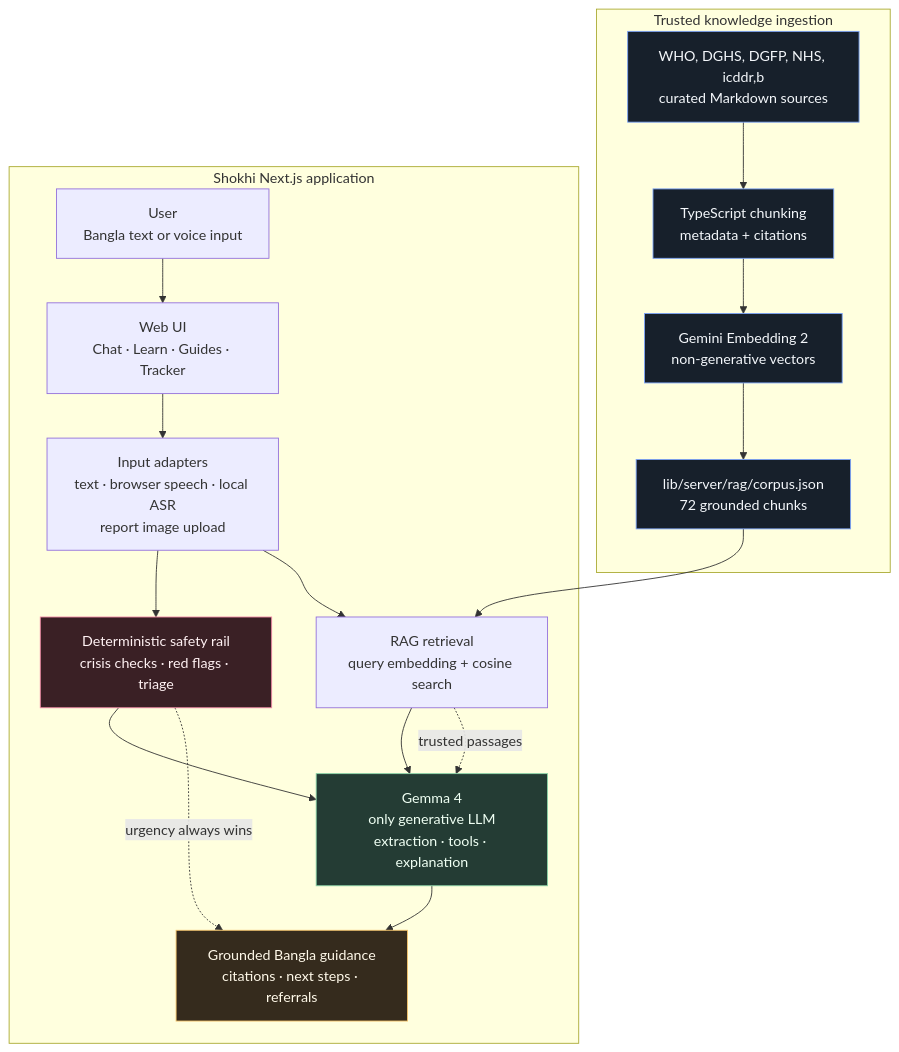
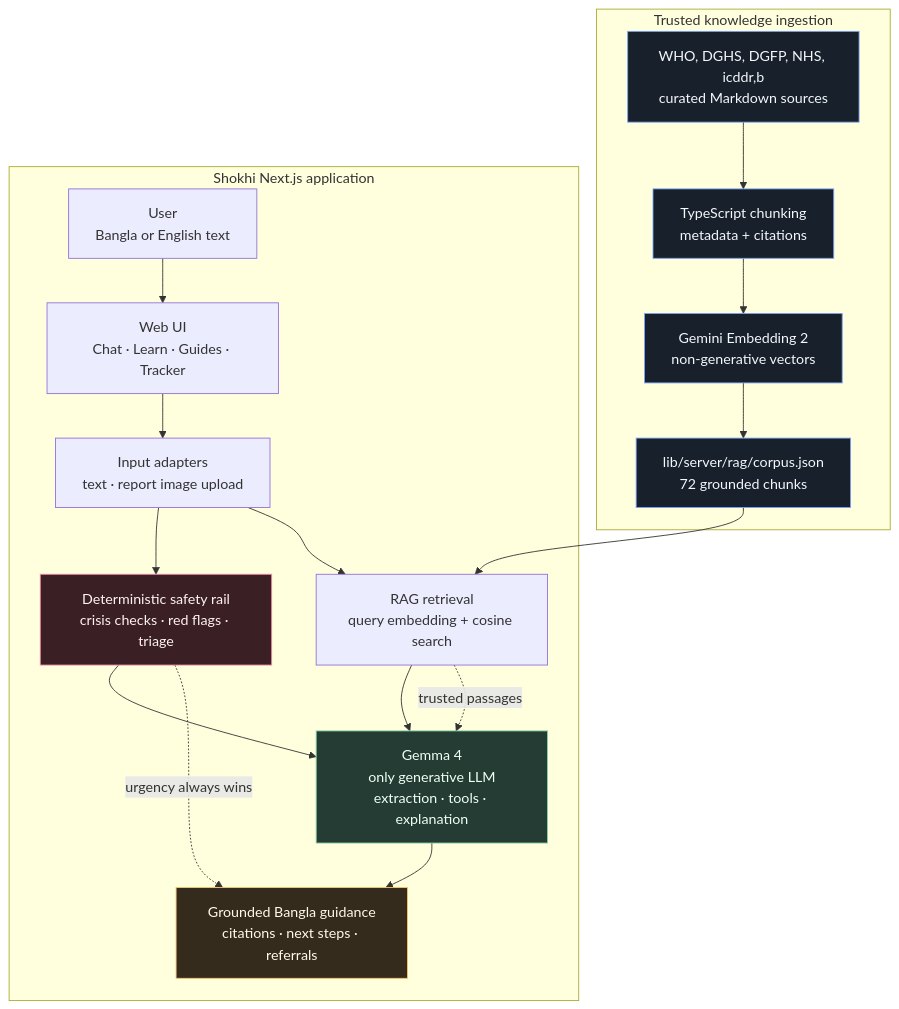
The diagram in README.md (Ahiraf/Shokhi-Health), drawn with Mermaid before and after one commit. The commit also changed other lines of this file and 12 other files, not shown here.

Commit message:
Remove voice input and widen advice composer

````diff
--- a/README.md
+++ b/README.md
@@ -106,40 +106,40 @@
 ```mermaid
 flowchart TB
   subgraph INGEST["Trusted knowledge ingestion"]
     SOURCES["WHO, DGHS, DGFP, NHS, icddr,b\ncurated Markdown sources"]
     CHUNK["TypeScript chunking\nmetadata + citations"]
     EMBED["Gemini Embedding 2\nnon-generative vectors"]
     CORPUS["lib/server/rag/corpus.json\n72 grounded chunks"]
     SOURCES --> CHUNK --> EMBED --> CORPUS
   end
 
   subgraph APP["Shokhi Next.js application"]
-    USER["User\nBangla text or voice input"]
+    USER["User\nBangla or English text"]
     FRONTEND["Web UI\nChat · Learn · Guides · Tracker"]
-    INPUT["Input adapters\ntext · browser speech · local ASR\nreport image upload"]
+    INPUT["Input adapters\ntext · report image upload"]
     RETRIEVE["RAG retrieval\nquery embedding + cosine search"]
     SAFETY["Deterministic safety rail\ncrisis checks · red flags · triage"]
     GEMMA["Gemma 4\nonly generative LLM\nextraction · tools · explanation"]
     ANSWER["Grounded Bangla guidance\ncitations · next steps · referrals"]
 
     USER --> FRONTEND --> INPUT
     INPUT --> SAFETY
     INPUT --> RETRIEVE
     RETRIEVE --> GEMMA
     SAFETY --> GEMMA
     GEMMA --> ANSWER
     SAFETY -. "urgency always wins" .-> ANSWER
   end
 
   CORPUS --> RETRIEVE
   RETRIEVE -. "trusted passages" .-> GEMMA
 
   classDef source fill:#17202b,stroke:#7aa2f7,color:#f4f7fb
   classDef safety fill:#3a2025,stroke:#f38ba8,color:#fff1f3
   classDef model fill:#243c34,stroke:#8bd5a8,color:#effff3
   classDef output fill:#352b1d,stroke:#f6c56b,color:#fff9e9
   class SOURCES,CHUNK,EMBED,CORPUS source
   class SAFETY safety
   class GEMMA model
   class ANSWER output
 ```
````
